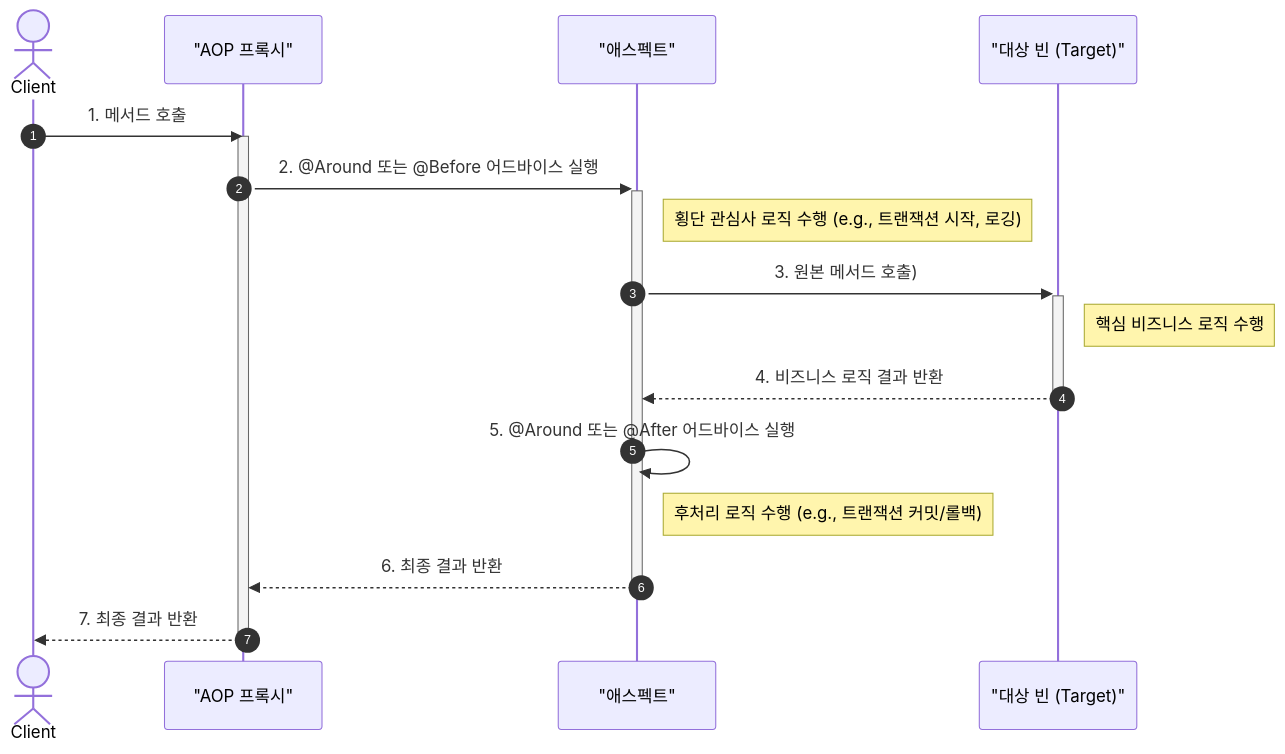
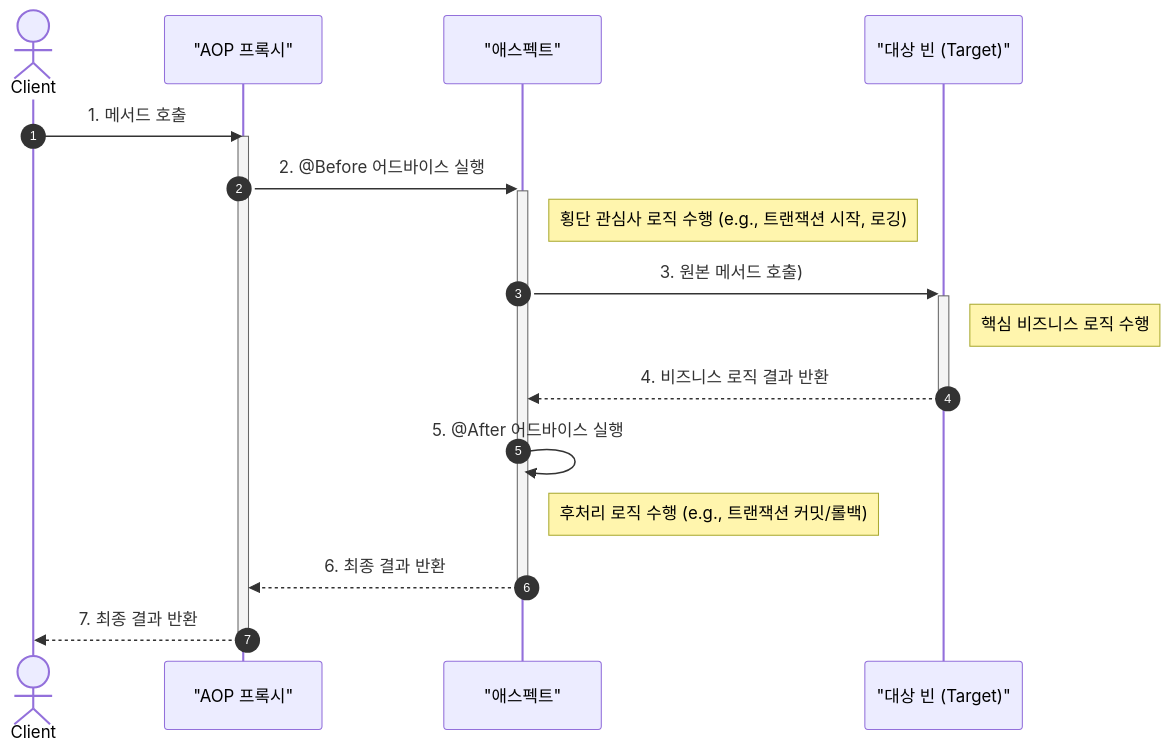
One commit to aspectran/aspectran.github.io changed the ninth of 9 diagrams in _pages/ko/docs/guides/aspectran-architecture-diagrams.md. Above: the diagram before and after it, drawn with Mermaid. The commit also changed 57 other files, not shown here.

````diff
--- a/_pages/ko/docs/guides/aspectran-architecture-diagrams.md
+++ b/_pages/ko/docs/guides/aspectran-architecture-diagrams.md
@@ -524,30 +524,30 @@
 ```mermaid
 sequenceDiagram
     autonumber
     actor Client
     participant Proxy as "AOP 프록시"
     participant Aspect as "애스펙트"
     participant Target as "대상 빈 (Target)"
 
     Client->>Proxy: 1. 메서드 호출
 
     activate Proxy
-    Proxy->>+Aspect: 2. @Around 또는 @Before 어드바이스 실행
+    Proxy->>+Aspect: 2. @Before 어드바이스 실행
 
     note right of Aspect: 횡단 관심사 로직 수행 (e.g., 트랜잭션 시작, 로깅)
 
     Aspect->>+Target: 3. 원본 메서드 호출)
 
     note right of Target: 핵심 비즈니스 로직 수행
 
     Target-->>-Aspect: 4. 비즈니스 로직 결과 반환
 
-    Aspect->>Aspect: 5. @Around 또는 @After 어드바이스 실행
+    Aspect->>Aspect: 5. @After 어드바이스 실행
 
     note right of Aspect: 후처리 로직 수행 (e.g., 트랜잭션 커밋/롤백)
 
     Aspect-->>-Proxy: 6. 최종 결과 반환
 
     Proxy-->>Client: 7. 최종 결과 반환
     deactivate Proxy
 ```
````
